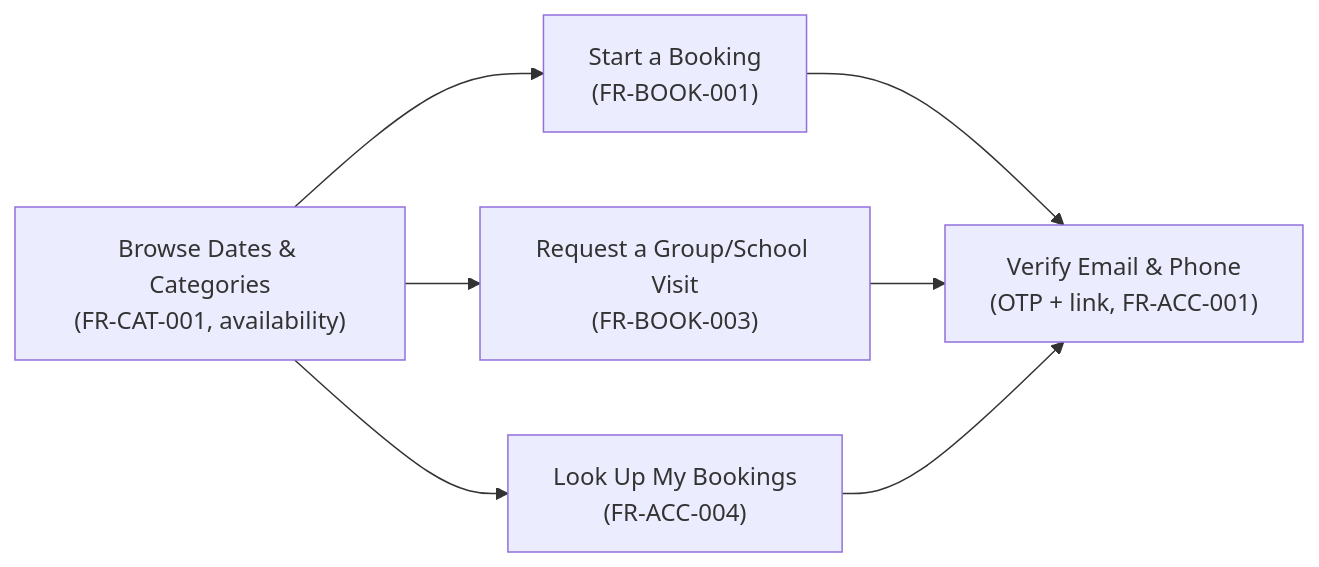
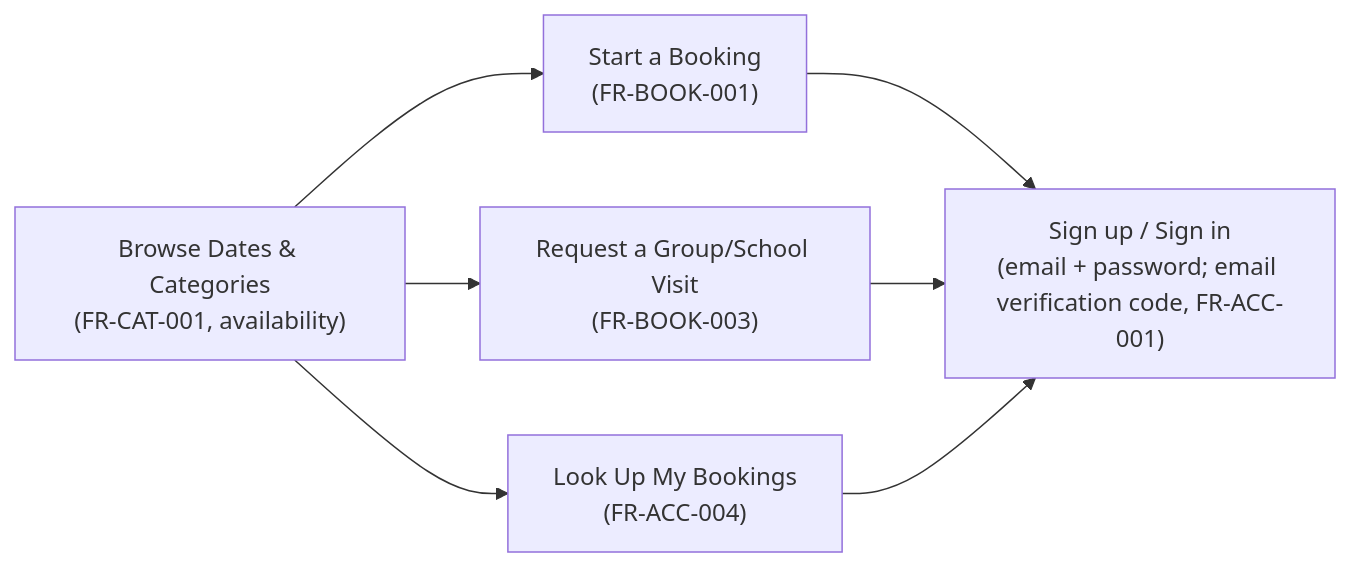
Before and after one commit to TsegayIS122123/museum-ticketing-system: the first of 6 diagrams in docs/06-ui-ux-specification.md, drawn with Mermaid. The commit also changed other lines of this file and 8 other files, not shown here.

First line of the commit message:
docs: align SRS, SDS, and UI/UX specs with the unified email/password model

````diff
--- a/docs/06-ui-ux-specification.md
+++ b/docs/06-ui-ux-specification.md
@@ -91,9 +91,9 @@
 ```mermaid
 flowchart LR
     Home["Browse Dates & Categories\n(FR-CAT-001, availability)"] --> Book["Start a Booking\n(FR-BOOK-001)"]
     Home --> Group["Request a Group/School Visit\n(FR-BOOK-003)"]
     Home --> Lookup["Look Up My Bookings\n(FR-ACC-004)"]
-    Book --> Verify["Verify Email & Phone\n(OTP + link, FR-ACC-001)"]
-    Group --> Verify
-    Lookup --> Verify
+    Book --> SignUp["Sign up / Sign in\n(email + password; email verification code, FR-ACC-001)"]
+    Group --> SignUp
+    Lookup --> SignUp
 ```
````
